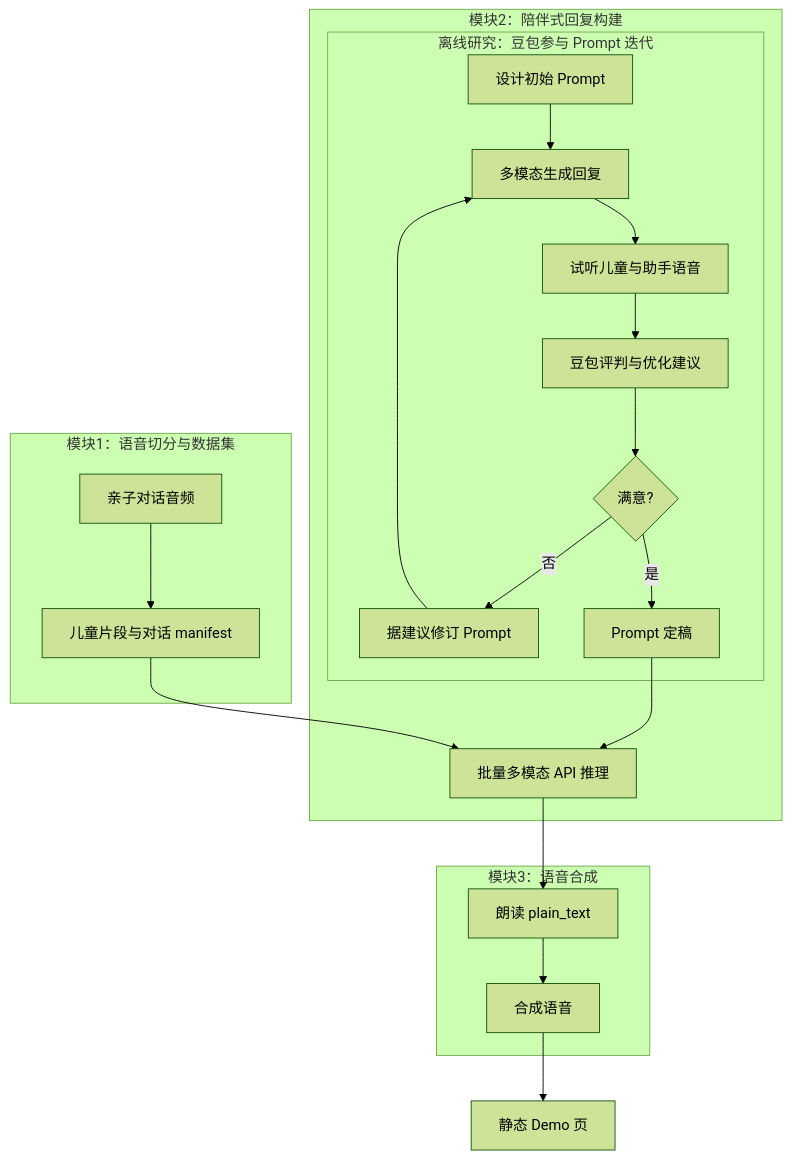
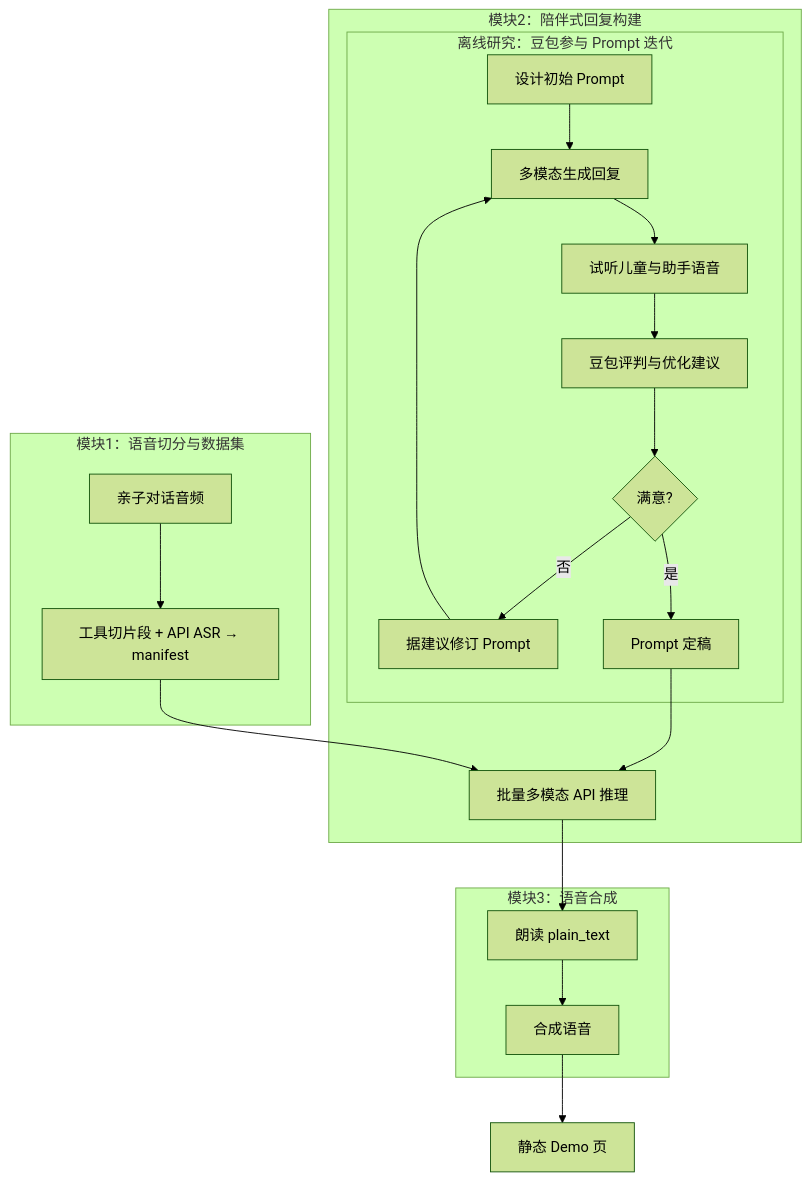
Before and after one commit to auto-chao/Children-Companion-Scenario-Pipeline: the diagram in README.md, drawn with Mermaid (forest theme). The commit also changed other lines of this file, not shown here.

````diff
--- a/README.md
+++ b/README.md
@@ -111,28 +112,28 @@
 ```mermaid
 flowchart TB
   subgraph mod_seg [模块1：语音切分与数据集]
-    s1[亲子对话音频] --> s2[儿童片段与对话 manifest]
+    s1[亲子对话音频] --> s2[工具切片段 + API ASR → manifest]
   end
 
   subgraph mod_resp [模块2：陪伴式回复构建]
     subgraph loop_doubao [离线研究：豆包参与 Prompt 迭代]
       r1[设计初始 Prompt] --> r2[多模态生成回复]
       r2 --> r3[试听儿童与助手语音]
       r3 --> r4[豆包评判与优化建议]
       r4 --> r5{满意?}
       r5 -->|否| r6[据建议修订 Prompt]
       r6 --> r2
       r5 -->|是| r7[Prompt 定稿]
     end
     r7 --> r8[批量多模态 API 推理]
   end
 
   subgraph mod_tts [模块3：语音合成]
     t1[朗读 plain_text] --> t2[合成语音]
   end
 
   s2 --> r8
   r8 --> t1
   t2 --> d1[静态 Demo 页]
 
 ```
````
